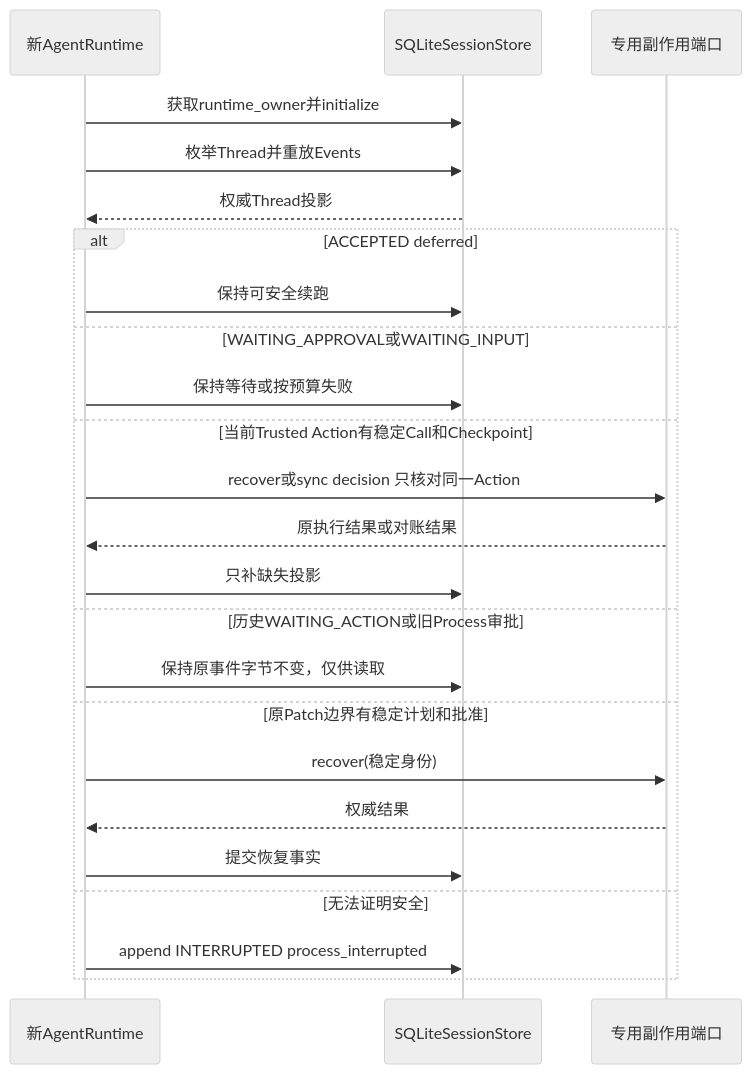
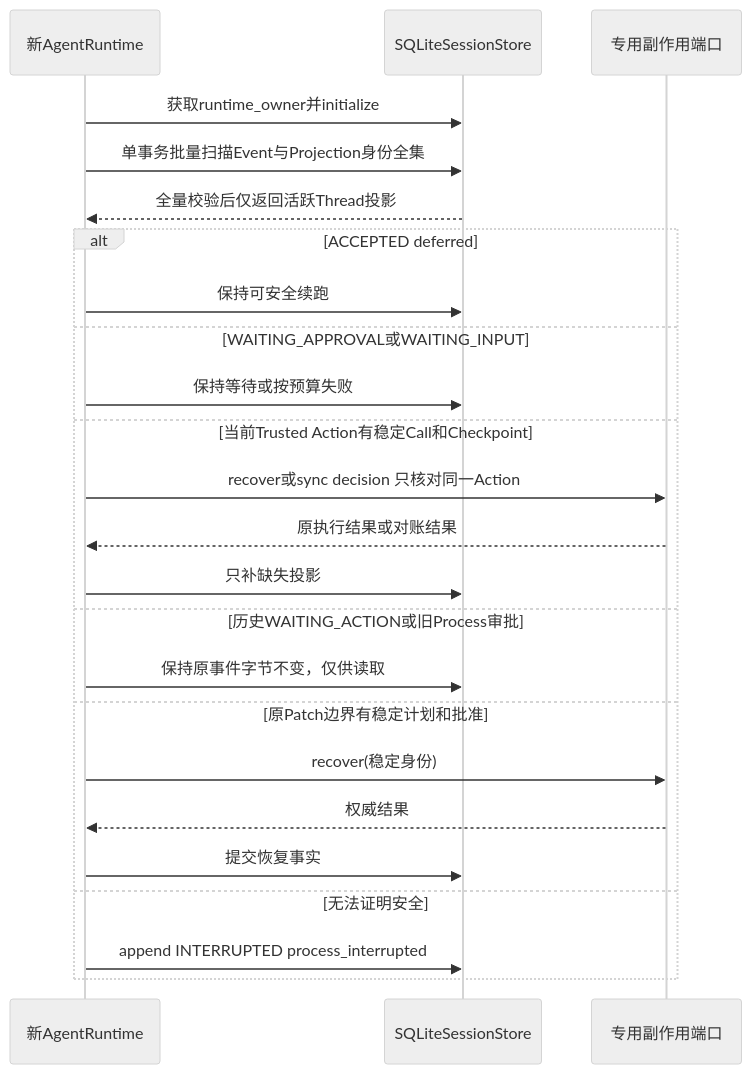
One commit to carrie1988/Harnessix changed the ninth of 12 diagrams in docs/modules/agent.md. Above: the diagram before and after it, drawn with Mermaid (neutral theme). The commit also changed other lines of this file and 21 other files, not shown here.

````diff
--- a/docs/modules/agent.md
+++ b/docs/modules/agent.md
@@ -421,26 +421,26 @@
 ```mermaid
 sequenceDiagram
     participant N as 新AgentRuntime
     participant S as SQLiteSessionStore
     participant D as 专用副作用端口
     N->>S: 获取runtime_owner并initialize
-    N->>S: 枚举Thread并重放Events
-    S-->>N: 权威Thread投影
+    N->>S: 单事务批量扫描Event与Projection身份全集
+    S-->>N: 全量校验后仅返回活跃Thread投影
     alt ACCEPTED deferred
         N->>S: 保持可安全续跑
     else WAITING_APPROVAL或WAITING_INPUT
         N->>S: 保持等待或按预算失败
     else 当前Trusted Action有稳定Call和Checkpoint
         N->>D: recover或sync decision 只核对同一Action
         D-->>N: 原执行结果或对账结果
         N->>S: 只补缺失投影
     else 历史WAITING_ACTION或旧Process审批
         N->>S: 保持原事件字节不变，仅供读取
     else 原Patch边界有稳定计划和批准
         N->>D: recover(稳定身份)
         D-->>N: 权威结果
         N->>S: 提交恢复事实
     else 无法证明安全
         N->>S: append INTERRUPTED process_interrupted
     end
 ```
````
